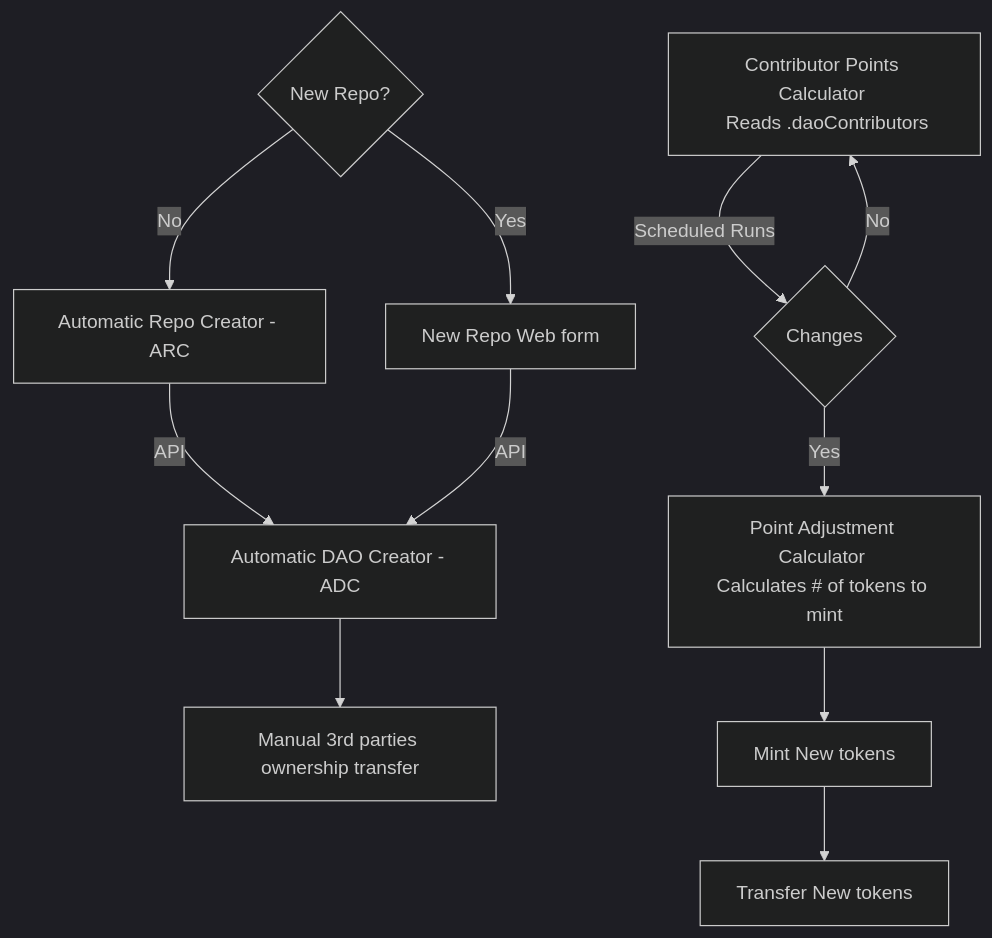
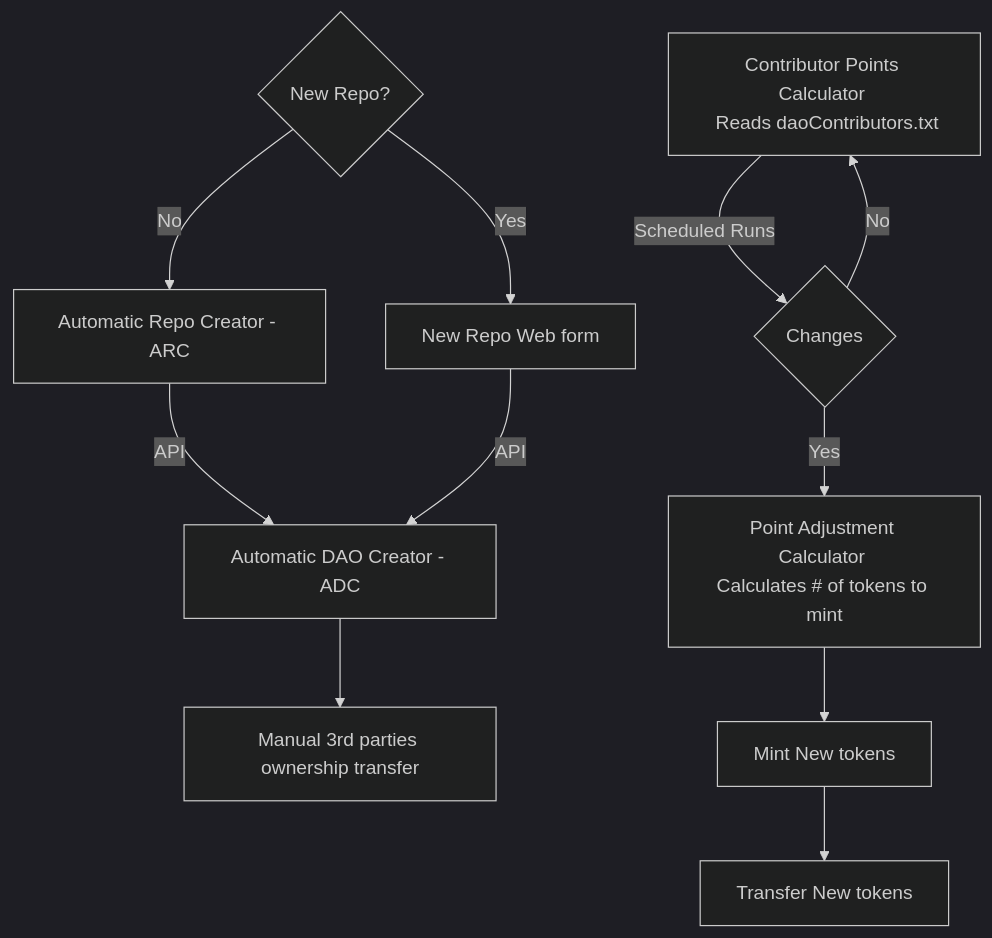
The diagram in README.md (treboryatska/gitdao), drawn with Mermaid (dark theme) before and after one commit. The commit also changed other lines of this file, not shown here.

````diff
--- a/README.md
+++ b/README.md
@@ -19,22 +47,22 @@
 ```mermaid
 graph TD;
     A{New Repo?}
     NRWF[New Repo Web form]
     ARC[Automatic Repo Creator - ARC]
     ADC[Automatic DAO Creator - ADC]
     M3P[Manual 3rd parties ownership transfer]
     A -->|Yes| NRWF
     A -->|No| ARC
     ARC -->|API| ADC
     NRWF -->|API| ADC
     ADC --> M3P
 
-    CPC[Contributor Points Calculator <br> Reads .daoContributors]
+    CPC[Contributor Points Calculator <br> Reads daoContributors.txt]
     CPC -->|Scheduled Runs| CChanges
     CChanges{Changes}
     CChanges -->|No| CPC
     CChanges -->|Yes| PointAdjustmentCalculator
     PointAdjustmentCalculator[Point Adjustment Calculator <br>Calculates # of tokens to mint]--> Mint
     Mint[Mint New tokens] --> Transfer
     Transfer[Transfer New tokens]
 ```
````
